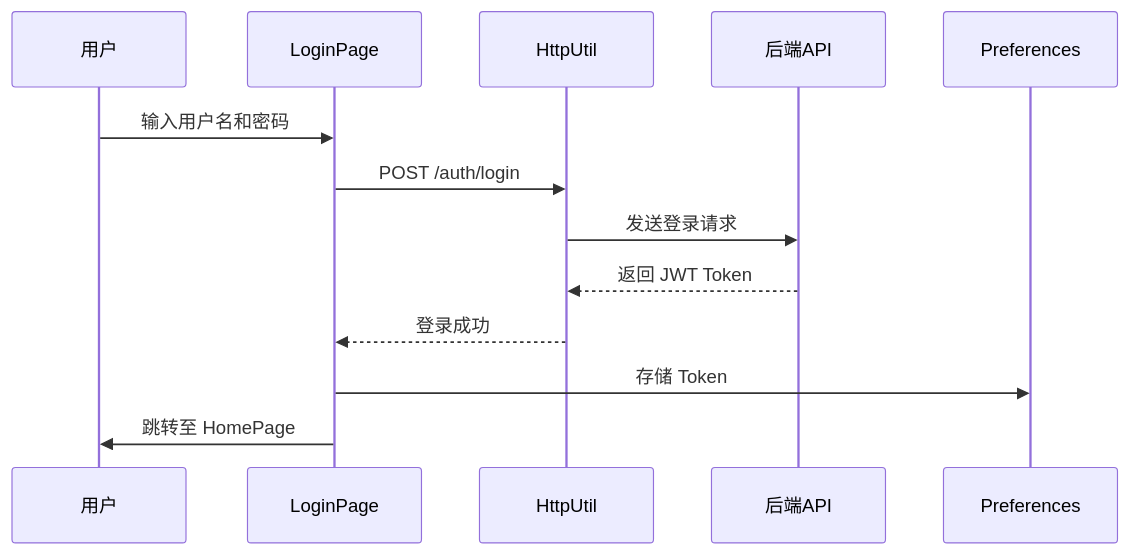
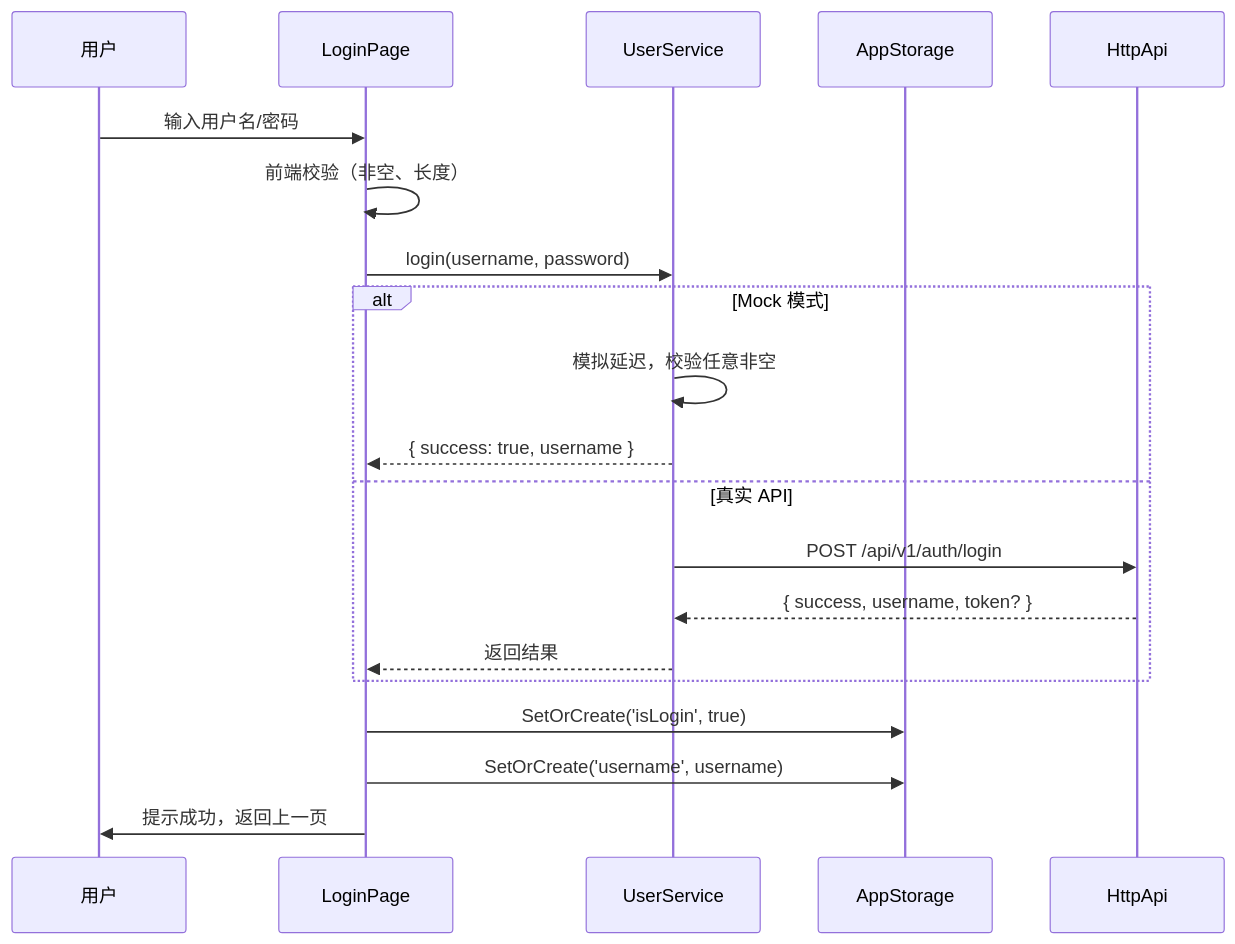
One commit to BUCT-CS2301/PalmMuseum changed diagram 12 of 14 in Doc/设计文档.md. Above: the diagram before and after it, drawn with Mermaid. The commit also changed other lines of this file and 1 other file, not shown here.

````diff
--- a/Doc/设计文档.md
+++ b/Doc/设计文档.md
@@ -1113,16 +1272,22 @@
 ```mermaid
 sequenceDiagram
     participant User as 用户
     participant LoginPage as LoginPage
-    participant HttpUtil as HttpUtil
-    participant API as 后端API
-    participant Store as Preferences
+    participant UserService as UserService
+    participant AppStorage as AppStorage
 
-    User->>LoginPage: 输入用户名和密码
-    LoginPage->>HttpUtil: POST /auth/login
-    HttpUtil->>API: 发送登录请求
-    API-->>HttpUtil: 返回 JWT Token
-    HttpUtil-->>LoginPage: 登录成功
-    LoginPage->>Store: 存储 Token
-    LoginPage->>User: 跳转至 HomePage
+    User->>LoginPage: 输入用户名/密码
+    LoginPage->>LoginPage: 前端校验（非空、长度）
+    LoginPage->>UserService: login(username, password)
+    alt Mock 模式
+        UserService->>UserService: 模拟延迟，校验任意非空
+        UserService-->>LoginPage: { success: true, username }
+    else 真实 API
+        UserService->>HttpApi: POST /api/v1/auth/login
+        HttpApi-->>UserService: { success, username, token? }
+        UserService-->>LoginPage: 返回结果
+    end
+    LoginPage->>AppStorage: SetOrCreate('isLogin', true)
+    LoginPage->>AppStorage: SetOrCreate('username', username)
+    LoginPage->>User: 提示成功，返回上一页
 ```
````
